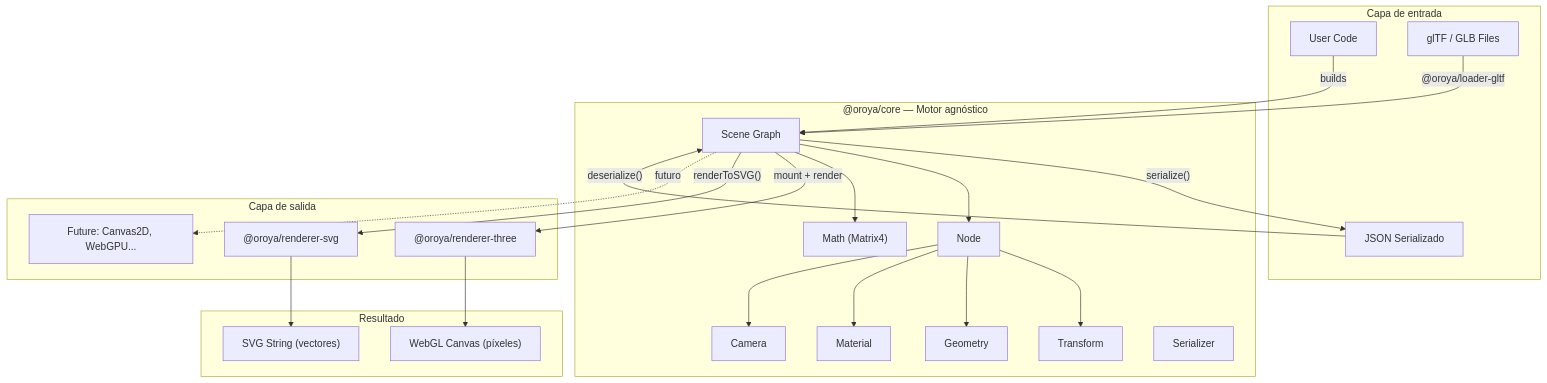
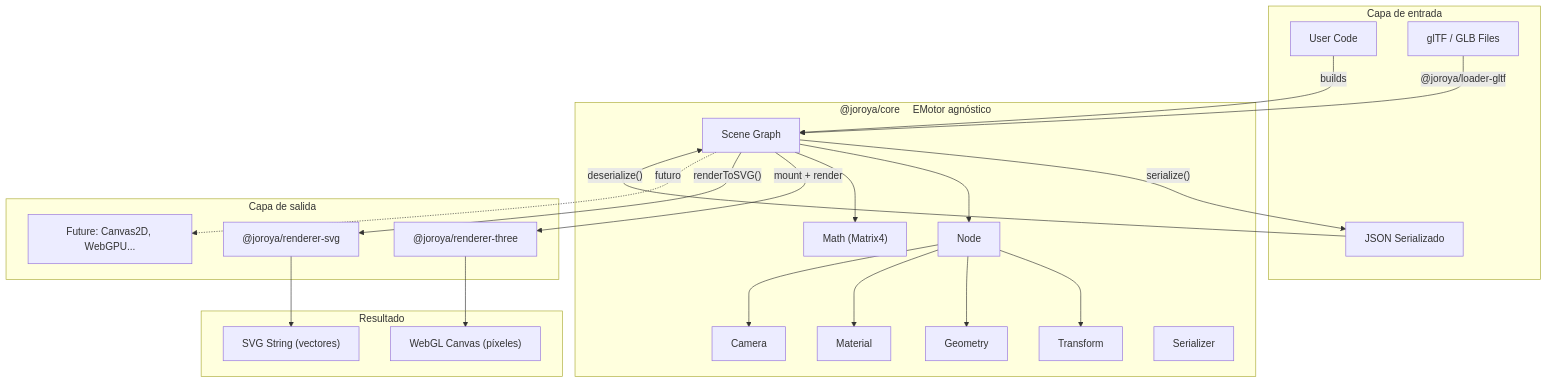
One commit to joshuacba08/oroya-animate changed the first of 5 diagrams in apps/web/src/content/docs/architecture.md. Above: the diagram before and after it, drawn with Mermaid. The commit also changed other lines of this file and 113 other files, not shown here.

````diff
--- a/apps/web/src/content/docs/architecture.md
+++ b/apps/web/src/content/docs/architecture.md
@@ -18,49 +18,49 @@
 ```mermaid
 graph TD
     subgraph "Capa de entrada"
         UC["User Code"]
         GLTF["glTF / GLB Files"]
         JSON["JSON Serializado"]
     end
 
-    subgraph "@oroya/core — Motor agnóstico"
+    subgraph "@joroya/core  EMotor agnóstico"
         SG["Scene Graph"]
         N["Node"]
         T["Transform"]
         G["Geometry"]
         M["Material"]
         C["Camera"]
         SER["Serializer"]
         MATH["Math (Matrix4)"]
     end
 
     subgraph "Capa de salida"
-        R3["@oroya/renderer-three"]
-        RS["@oroya/renderer-svg"]
+        R3["@joroya/renderer-three"]
+        RS["@joroya/renderer-svg"]
         R_FUTURE["Future: Canvas2D, WebGPU..."]
     end
 
     subgraph "Resultado"
         WEBGL["WebGL Canvas (píxeles)"]
         SVG["SVG String (vectores)"]
     end
 
     UC -->|"builds"| SG
-    GLTF -->|"@oroya/loader-gltf"| SG
+    GLTF -->|"@joroya/loader-gltf"| SG
     JSON -->|"deserialize()"| SG
     SG -->|"serialize()"| JSON
 
     SG --> N
     N --> T
     N --> G
     N --> M
     N --> C
     SG --> MATH
 
     SG -->|"mount + render"| R3
     SG -->|"renderToSVG()"| RS
     SG -.->|"futuro"| R_FUTURE
 
     R3 --> WEBGL
     RS --> SVG
 ```
````
